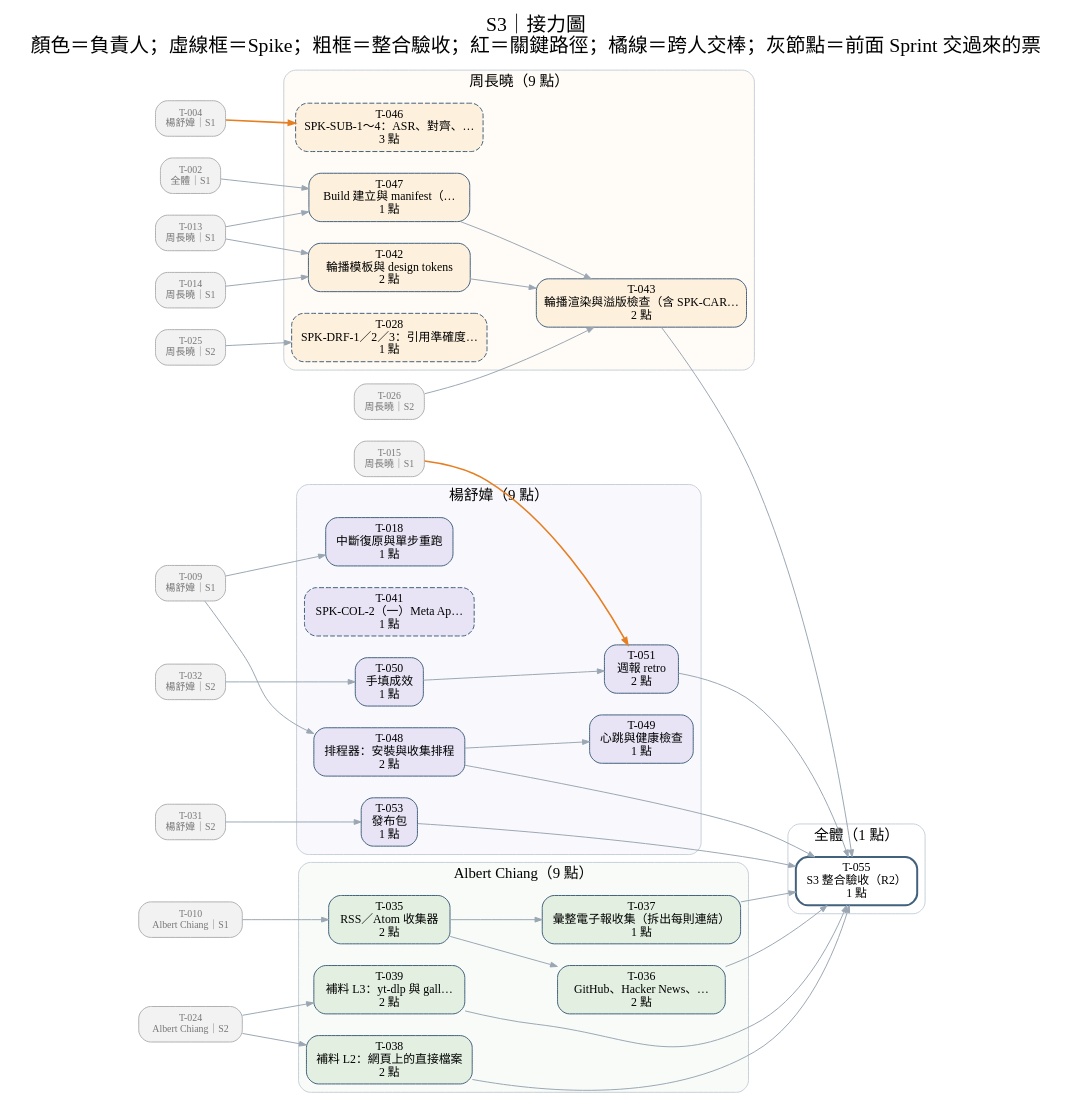
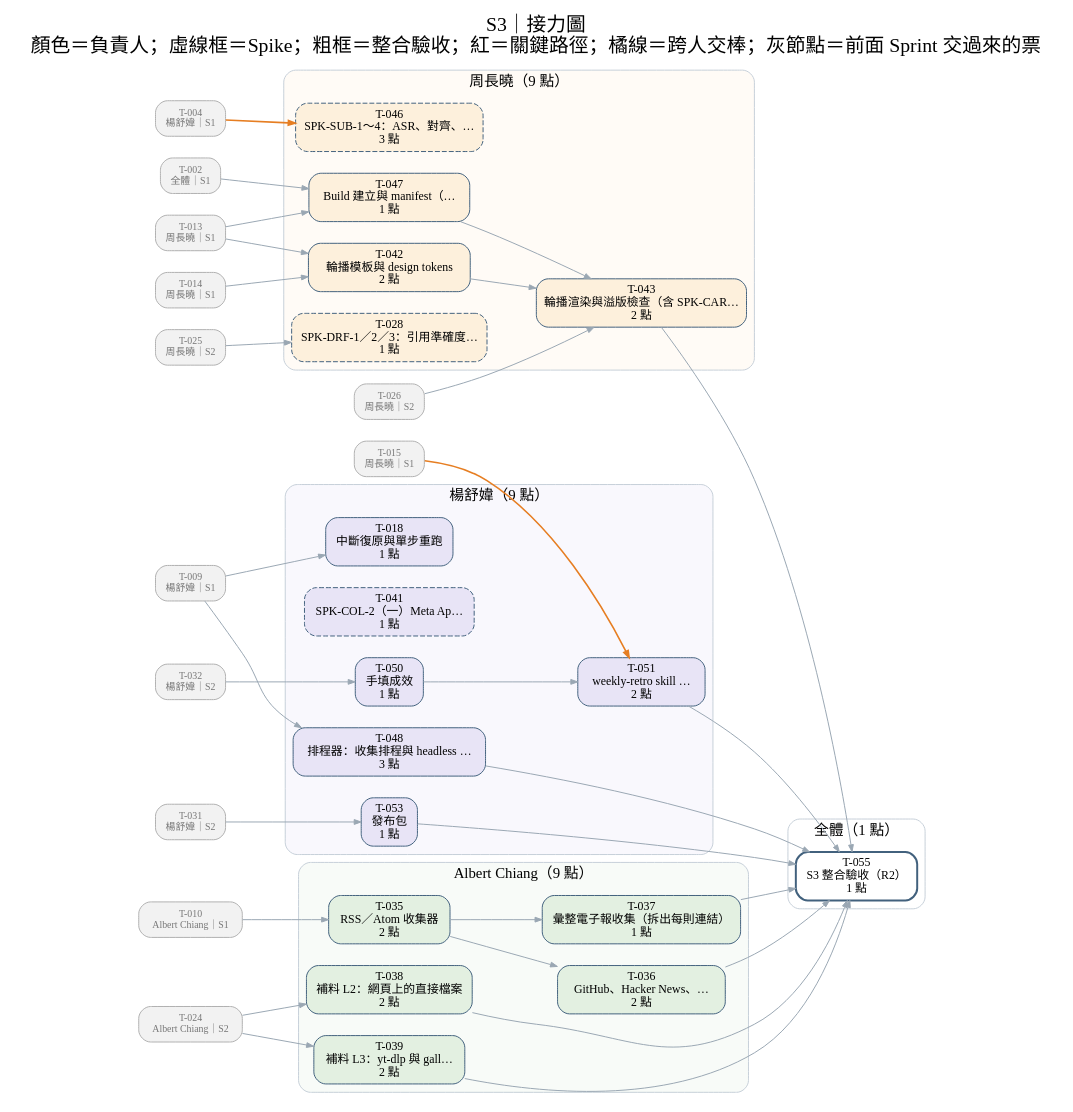
Before and after one commit to Zenobia000/AI_Media_Studio_content_pipe: the diagram in docs/diagrams/dag-S3.dot, drawn with Graphviz. The commit also changed 81 other files, not shown here.

First line of the commit message:
docs: switch orchestration to skills + agent and redraw diagrams (#5)

```diff
--- a/docs/diagrams/dag-S3.dot
+++ b/docs/diagrams/dag-S3.dot
@@ -1,121 +1,117 @@
 digraph S {
 graph [rankdir=LR, bgcolor="white", fontname="Microsoft JhengHei", fontsize=20, labelloc=t, nodesep=0.3, ranksep=0.7, label="S3｜接力圖
 顏色＝負責人；虛線框＝Spike；粗框＝整合驗收；紅＝關鍵路徑；橘線＝跨人交棒；灰節點＝前面 Sprint 交過來的票"];
 node [shape=box, style="rounded,filled", fontname="Microsoft JhengHei", fontsize=12, color="#42617d", margin="0.14,0.07"];
 edge [color="#9aa7b3", arrowsize=0.7];
 subgraph "cluster_Albert Chiang" { label="Albert Chiang（9 點）"; style="rounded,filled"; fillcolor="#e3f0e140"; color="#c7d0d9"; fontsize=15;
 "T-035" [label="T-035
 RSS／Atom 收集器
 2 點", fillcolor="#e3f0e1", style="rounded,filled"];
 "T-036" [label="T-036
 GitHub、Hacker News、…
 2 點", fillcolor="#e3f0e1", style="rounded,filled"];
 "T-037" [label="T-037
 彙整電子報收集（拆出每則連結）
 1 點", fillcolor="#e3f0e1", style="rounded,filled"];
 "T-038" [label="T-038
 補料 L2：網頁上的直接檔案
 2 點", fillcolor="#e3f0e1", style="rounded,filled"];
 "T-039" [label="T-039
 補料 L3：yt-dlp 與 gall…
 2 點", fillcolor="#e3f0e1", style="rounded,filled"];
 }
 subgraph "cluster_周長曉" { label="周長曉（9 點）"; style="rounded,filled"; fillcolor="#fdf0dc40"; color="#c7d0d9"; fontsize=15;
 "T-028" [label="T-028
 SPK-DRF-1／2／3：引用準確度…
 1 點", fillcolor="#fdf0dc", style="rounded,filled,dashed"];
 "T-042" [label="T-042
 輪播模板與 design tokens
 2 點", fillcolor="#fdf0dc", style="rounded,filled"];
 "T-043" [label="T-043
 輪播渲染與溢版檢查（含 SPK-CAR…
 2 點", fillcolor="#fdf0dc", style="rounded,filled"];
 "T-046" [label="T-046
 SPK-SUB-1～4：ASR、對齊、…
 3 點", fillcolor="#fdf0dc", style="rounded,filled,dashed"];
 "T-047" [label="T-047
 Build 建立與 manifest（…
 1 點", fillcolor="#fdf0dc", style="rounded,filled"];
 }
 subgraph "cluster_楊舒媁" { label="楊舒媁（9 點）"; style="rounded,filled"; fillcolor="#e8e4f640"; color="#c7d0d9"; fontsize=15;
 "T-018" [label="T-018
 中斷復原與單步重跑
 1 點", fillcolor="#e8e4f6", style="rounded,filled"];
 "T-041" [label="T-041
 SPK-COL-2（一）Meta Ap…
 1 點", fillcolor="#e8e4f6", style="rounded,filled,dashed"];
 "T-048" [label="T-048
-排程器：安裝與收集排程
-2 點", fillcolor="#e8e4f6", style="rounded,filled"];
-"T-049" [label="T-049
-心跳與健康檢查
-1 點", fillcolor="#e8e4f6", style="rounded,filled"];
+排程器：收集排程與 headless …
+3 點", fillcolor="#e8e4f6", style="rounded,filled"];
 "T-050" [label="T-050
 手填成效
 1 點", fillcolor="#e8e4f6", style="rounded,filled"];
 "T-051" [label="T-051
-週報 retro
+weekly-retro skill …
 2 點", fillcolor="#e8e4f6", style="rounded,filled"];
 "T-053" [label="T-053
 發布包
 1 點", fillcolor="#e8e4f6", style="rounded,filled"];
 }
 subgraph "cluster_全體" { label="全體（1 點）"; style="rounded,filled"; fillcolor="#ffffff40"; color="#c7d0d9"; fontsize=15;
 "T-055" [label="T-055
 S3 整合驗收（R2）
 1 點", fillcolor="#ffffff", style="rounded,filled,bold"];
 }
 "T-002" [label="T-002
 全體｜S1", fillcolor="#f2f2f2", color="#b0b0b0", fontcolor="#777777", fontsize=10];
 "T-004" [label="T-004
 楊舒媁｜S1", fillcolor="#f2f2f2", color="#b0b0b0", fontcolor="#777777", fontsize=10];
 "T-009" [label="T-009
 楊舒媁｜S1", fillcolor="#f2f2f2", color="#b0b0b0", fontcolor="#777777", fontsize=10];
 "T-010" [label="T-010
 Albert Chiang｜S1", fillcolor="#f2f2f2", color="#b0b0b0", fontcolor="#777777", fontsize=10];
 "T-013" [label="T-013
 周長曉｜S1", fillcolor="#f2f2f2", color="#b0b0b0", fontcolor="#777777", fontsize=10];
 "T-014" [label="T-014
 周長曉｜S1", fillcolor="#f2f2f2", color="#b0b0b0", fontcolor="#777777", fontsize=10];
 "T-015" [label="T-015
 周長曉｜S1", fillcolor="#f2f2f2", color="#b0b0b0", fontcolor="#777777", fontsize=10];
 "T-024" [label="T-024
 Albert Chiang｜S2", fillcolor="#f2f2f2", color="#b0b0b0", fontcolor="#777777", fontsize=10];
 "T-025" [label="T-025
 周長曉｜S2", fillcolor="#f2f2f2", color="#b0b0b0", fontcolor="#777777", fontsize=10];
 "T-026" [label="T-026
 周長曉｜S2", fillcolor="#f2f2f2", color="#b0b0b0", fontcolor="#777777", fontsize=10];
 "T-031" [label="T-031
 楊舒媁｜S2", fillcolor="#f2f2f2", color="#b0b0b0", fontcolor="#777777", fontsize=10];
 "T-032" [label="T-032
 楊舒媁｜S2", fillcolor="#f2f2f2", color="#b0b0b0", fontcolor="#777777", fontsize=10];
 "T-009" -> "T-018";
 "T-025" -> "T-028";
 "T-010" -> "T-035";
 "T-035" -> "T-036";
 "T-035" -> "T-037";
 "T-024" -> "T-038";
 "T-024" -> "T-039";
 "T-013" -> "T-042";
 "T-014" -> "T-042";
 "T-042" -> "T-043";
 "T-026" -> "T-043";
 "T-047" -> "T-043";
 "T-004" -> "T-046" [color="#e67e22", penwidth=1.6];
 "T-002" -> "T-047";
 "T-013" -> "T-047";
 "T-009" -> "T-048";
-"T-048" -> "T-049";
 "T-032" -> "T-050";
 "T-050" -> "T-051";
 "T-015" -> "T-051" [color="#e67e22", penwidth=1.6];
 "T-031" -> "T-053";
 "T-036" -> "T-055";
 "T-037" -> "T-055";
 "T-038" -> "T-055";
 "T-039" -> "T-055";
 "T-043" -> "T-055";
 "T-048" -> "T-055";
 "T-051" -> "T-055";
 "T-053" -> "T-055";
 }
```
